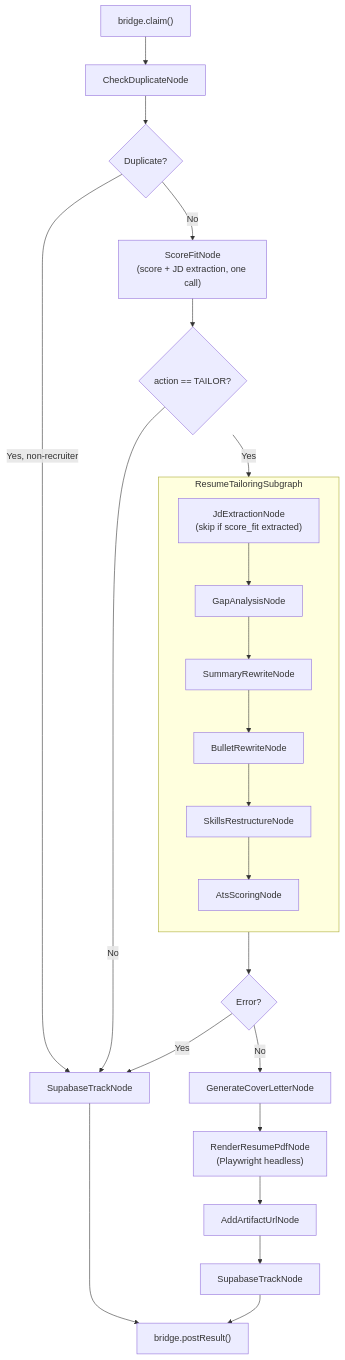
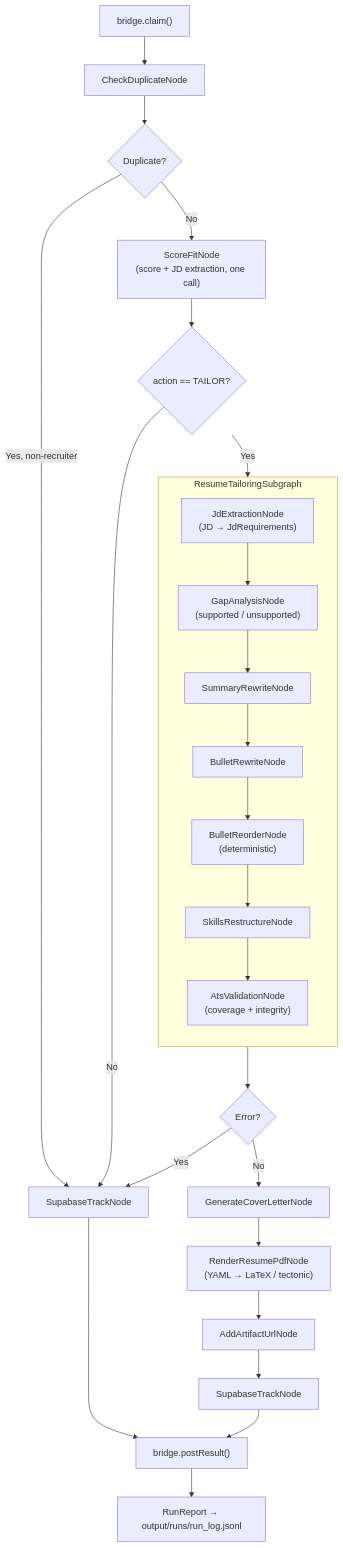
Before and after one commit to dkkyai/job-fit-apply-ai: the second of 2 diagrams in services/job-fit-apply-ai-pipeline/README.md, drawn with Mermaid. The commit also changed other lines of this file and 393 other files, not shown here.

````diff
--- a/services/job-fit-apply-ai-pipeline/README.md
+++ b/services/job-fit-apply-ai-pipeline/README.md
@@ -65,29 +70,31 @@
 ```mermaid
 flowchart TD
     Claim["bridge.claim()"] --> Dup["CheckDuplicateNode"]
     Dup --> DupQ{"Duplicate?"}
     DupQ -->|Yes, non-recruiter| Track1["SupabaseTrackNode"]
     DupQ -->|No| Score["ScoreFitNode\n(score + JD extraction, one call)"]
 
     Score --> ActionQ{"action == TAILOR?"}
     ActionQ -->|No| Track1
     ActionQ -->|Yes| Tailor
 
     subgraph Tailor ["ResumeTailoringSubgraph"]
         direction TB
-        T1["JdExtractionNode\n(skip if score_fit extracted)"] --> T2["GapAnalysisNode"]
+        T1["JdExtractionNode\n(JD → JdRequirements)"] --> T2["GapAnalysisNode\n(supported / unsupported)"]
         T2 --> T3["SummaryRewriteNode"]
         T3 --> T4["BulletRewriteNode"]
-        T4 --> T5["SkillsRestructureNode"]
-        T5 --> T6["AtsScoringNode"]
+        T4 --> T5["BulletReorderNode\n(deterministic)"]
+        T5 --> T6["SkillsRestructureNode"]
+        T6 --> T7["AtsValidationNode\n(coverage + integrity)"]
     end
 
     Tailor --> TailorErrQ{"Error?"}
     TailorErrQ -->|Yes| Track1
     TailorErrQ -->|No| Cover["GenerateCoverLetterNode"]
-    Cover --> Pdf["RenderResumePdfNode\n(Playwright headless)"]
+    Cover --> Pdf["RenderResumePdfNode\n(YAML → LaTeX / tectonic)"]
     Pdf --> Artifact["AddArtifactUrlNode"]
     Artifact --> Track2["SupabaseTrackNode"]
     Track1 --> Post["bridge.postResult()"]
     Track2 --> Post
+    Post --> Rec["RunReport → output/runs/run_log.jsonl"]
 ```
````
